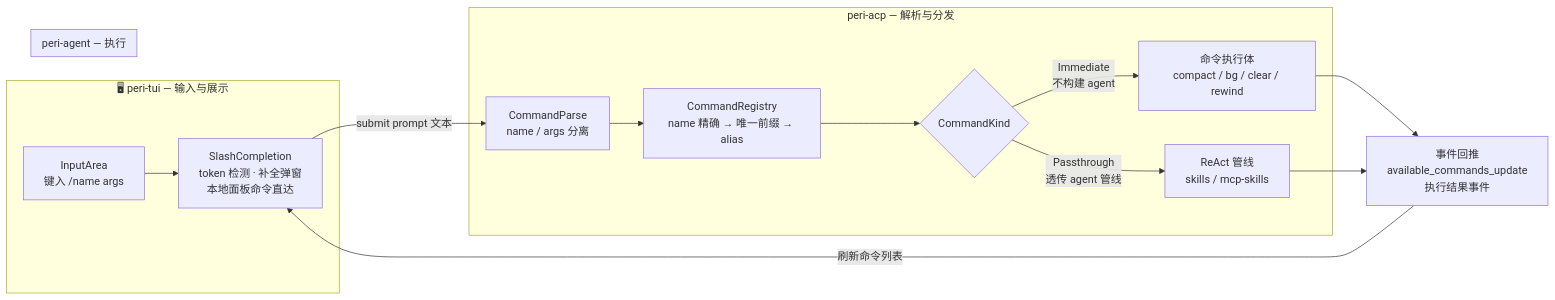
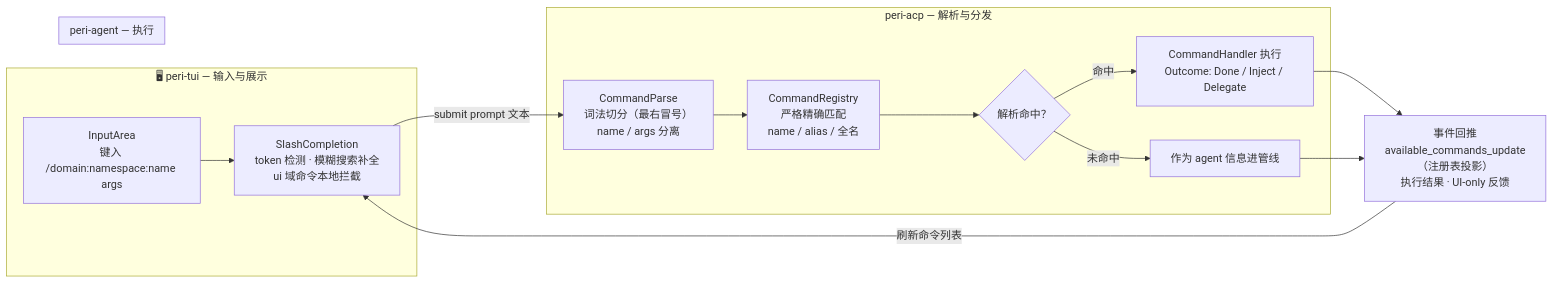
One commit to KonghaYao/peri changed the second of 3 diagrams in docs/design/command-system.md. Above: the diagram before and after it, drawn with Mermaid. The commit also changed other lines of this file and 113 other files, not shown here.

````diff
--- a/docs/design/command-system.md
+++ b/docs/design/command-system.md
@@ -17,23 +94,23 @@
 ```mermaid
 graph LR
     subgraph TUI["🖥 peri-tui — 输入与展示"]
-        INPUT["InputArea<br/>键入 /name args"] --> SLASH["SlashCompletion<br/>token 检测 · 补全弹窗<br/>本地面板命令直达"]
+        INPUT["InputArea<br/>键入 /domain:namespace:name args"] --> SLASH["SlashCompletion<br/>token 检测 · 模糊搜索补全<br/>ui 域命令本地拦截"]
     end
 
     SLASH -->|submit prompt 文本| PARSE
 
     subgraph ACP["peri-acp — 解析与分发"]
-        PARSE["CommandParse<br/>name / args 分离"] --> REG["CommandRegistry<br/>name 精确 → 唯一前缀 → alias"]
-        REG --> DISPATCH{"CommandKind"}
-        DISPATCH -->|"Immediate<br/>不构建 agent"| EXEC["命令执行体<br/>compact / bg / clear / rewind"]
-        DISPATCH -->|"Passthrough<br/>透传 agent 管线"| AGENT["ReAct 管线<br/>skills / mcp-skills"]
+        PARSE["CommandParse<br/>词法切分（最右冒号）<br/>name / args 分离"] --> REG["CommandRegistry<br/>严格精确匹配<br/>name / alias / 全名"]
+        REG --> DISPATCH{"解析命中？"}
+        DISPATCH -->|命中| EXEC["CommandHandler 执行<br/>Outcome: Done / Inject / Delegate"]
+        DISPATCH -->|未命中| AGENT["作为 agent 信息进管线"]
     end
 
     subgraph AGENTL["peri-agent — 执行"]
         AGENT
     end
 
-    EXEC --> EVENTS["事件回推<br/>available_commands_update<br/>执行结果事件"]
+    EXEC --> EVENTS["事件回推<br/>available_commands_update（注册表投影）<br/>执行结果 · UI-only 反馈"]
     AGENT --> EVENTS
     EVENTS -->|刷新命令列表| SLASH
 ```
````
